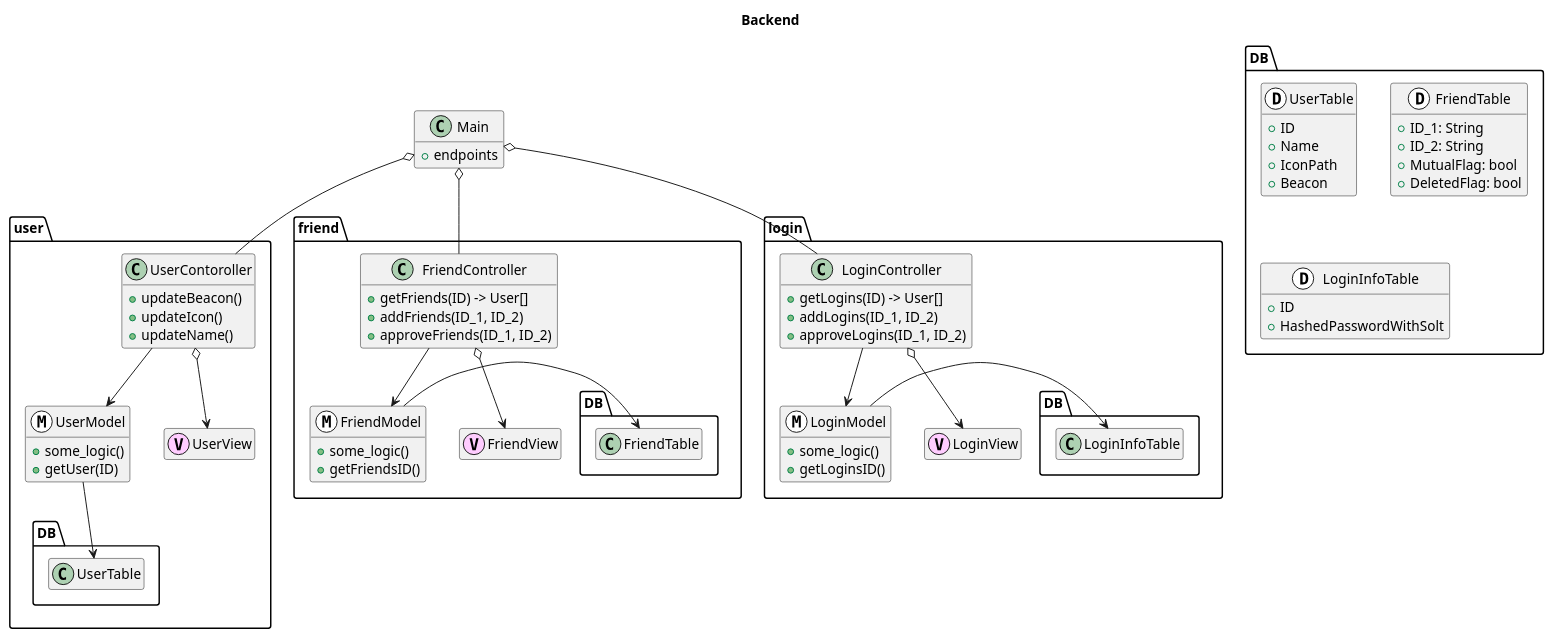
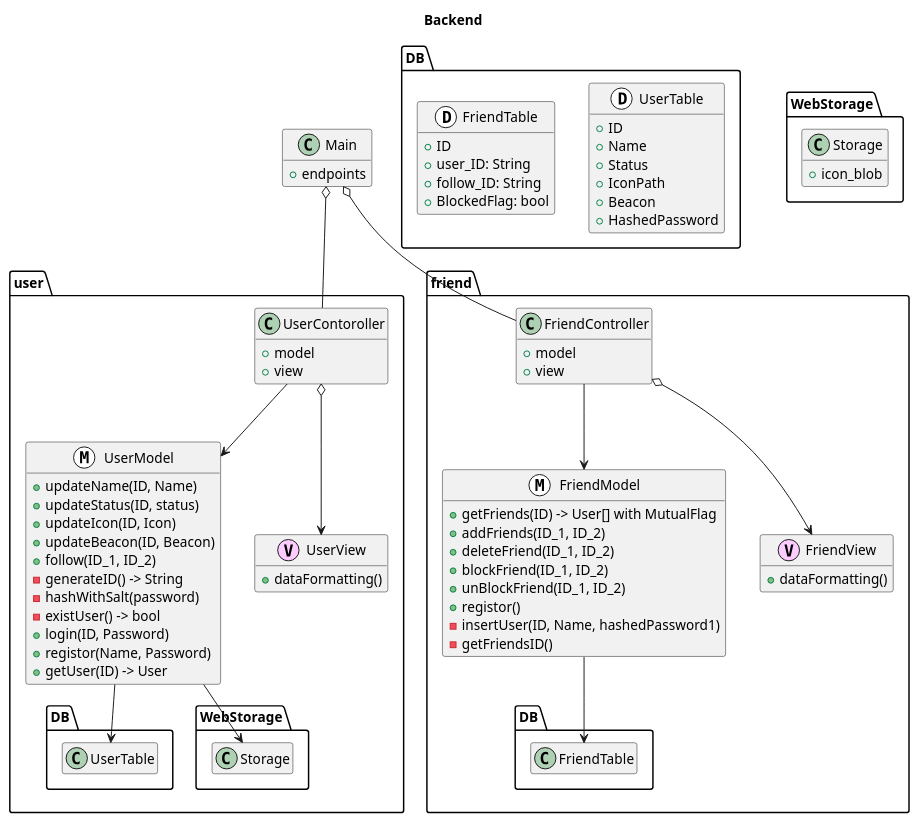
One commit to beaconFUN/FLAT-uml changed the diagram in ClassDiagram/backend.wsd. Above: the diagram before and after it, drawn with PlantUML. The commit also changed 1 other file, not shown here.

```diff
--- a/ClassDiagram/backend.wsd
+++ b/ClassDiagram/backend.wsd
@@ -1,101 +1,100 @@
 @startuml project
 
 hide empty fields
 hide empty methods
 
 title Backend
 
 class Main{
     + endpoints
 }
 Main o-- user.UserContoroller
 Main o-- friend.FriendController
-Main o-- login.LoginController
 
 package user{
     class UserContoroller{
-        + updateBeacon()
-        + updateIcon()
-        + updateName()
-
+        + model
+        + view
     }
 
     UserContoroller --> UserModel
     UserContoroller o--> UserView
     UserModel --> DB.UserTable
+    UserModel --> WebStorage.Storage
 
     class UserView<<(V, #ffccff)>>{
-
+        + dataFormatting()
     }
 
     class UserModel<<(M, #ffffff)>>{
-        + some_logic()
-        + getUser(ID)
+        + updateName(ID, Name)
+        + updateStatus(ID, status)
+        + updateIcon(ID, Icon)
+        + updateBeacon(ID, Beacon)
+        + follow(ID_1, ID_2)
+        - generateID() -> String
+        - hashWithSalt(password)
+        - existUser() -> bool
+        + login(ID, Password)
+        + registor(Name, Password)
+        + getUser(ID) -> User
 
     }
 
 }
 
 package friend{
     class FriendController{
-        + getFriends(ID) -> User[]
-        + addFriends(ID_1, ID_2)
-        + approveFriends(ID_1, ID_2)
+        + model
+        + view
     }
 
     FriendController --> FriendModel
     FriendController o--> FriendView
-    FriendModel -> DB.FriendTable
+    FriendModel --> DB.FriendTable
 
     class FriendView<<(V, #ffccff)>>{
+        + dataFormatting()
     }
 
     class FriendModel<<(M, #ffffff)>>{
-        + some_logic()
-        + getFriendsID()
+        + getFriends(ID) -> User[] with MutualFlag
+        + addFriends(ID_1, ID_2)
+        + deleteFriend(ID_1, ID_2)
+        + blockFriend(ID_1, ID_2)
+        + unBlockFriend(ID_1, ID_2)
+        + registor()
+        - insertUser(ID, Name, hashedPassword1)
+        - getFriendsID()
     }
 }
 
-package login{
-    class LoginController{
-        + getLogins(ID) -> User[]
-        + addLogins(ID_1, ID_2)
-        + approveLogins(ID_1, ID_2)
-    }
-
-    LoginController --> LoginModel
-    LoginController o--> LoginView
-    LoginModel -> DB.LoginInfoTable
-
-    class LoginView<<(V, #ffccff)>>{
-    }
-
-    class LoginModel<<(M, #ffffff)>>{
-        + some_logic()
-        + getLoginsID()
-    }
-}
 
 package DB {
 
     class UserTable<<(D, #ffffff)>>{
         + ID
         + Name
+        + Status
         + IconPath
         + Beacon
+        + HashedPassword
     }
 
     class FriendTable<<(D, #ffffff)>>{
-        + ID_1: String
-        + ID_2: String
-        + MutualFlag: bool
-        + DeletedFlag: bool
+        + ID
+        + user_ID: String
+        + follow_ID: String
+        + BlockedFlag: bool
     }
 
-    class LoginInfoTable<<(D, #ffffff)>>{
-        + ID
-        + HashedPasswordWithSolt
+}
+
+package WebStorage{
+    class Storage{
+        + icon_blob
     }
 }
 
+
 @enduml
```
